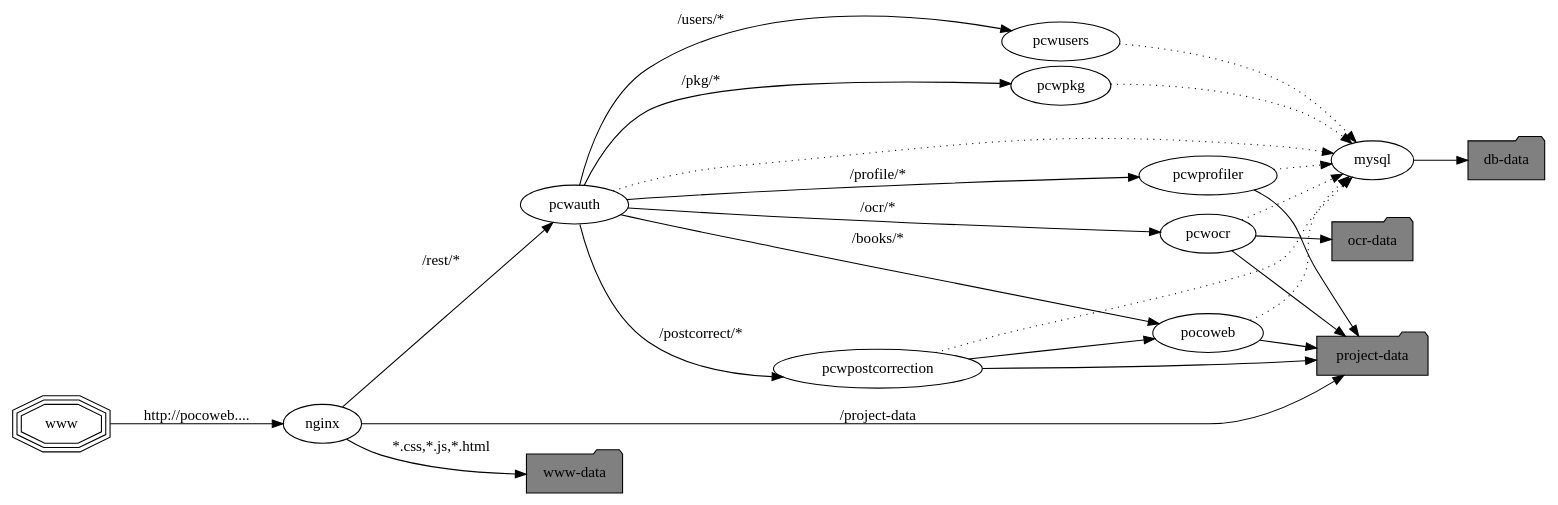
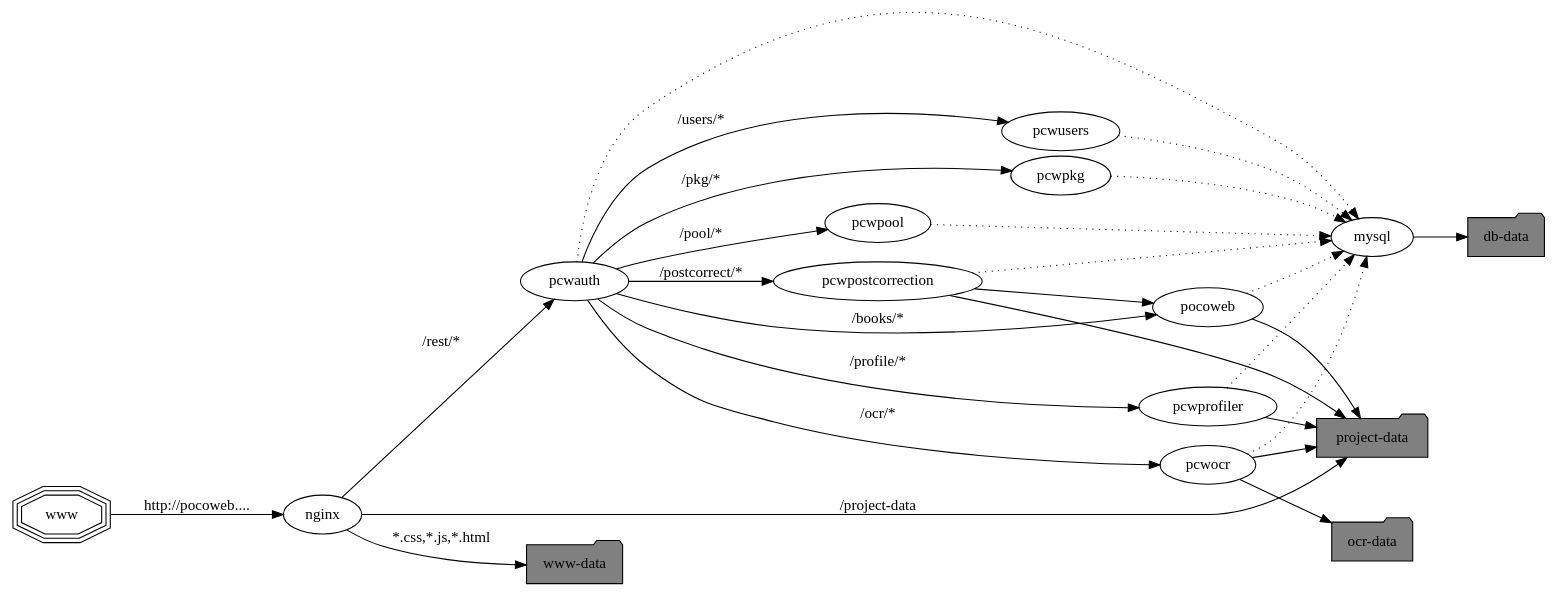
Before and after one commit to cisocrgroup/pocoweb: the diagram in frontend/public_html/assets/images/doc/overview.dot, drawn with Graphviz. The commit also changed 1 other file, not shown here.

```diff
--- a/frontend/public_html/assets/images/doc/overview.dot
+++ b/frontend/public_html/assets/images/doc/overview.dot
@@ -1,42 +1,45 @@
 digraph ov {
  rankdir=LR;
  www [shape=tripleoctagon]
  nginx
  pocoweb
  mysql
  pcwauth
  pcwusers
  pcwprofiler
  pcwpostcorrection
  pcwocr
  pcwpkg
+ pcwpool
  wwwd [label="www-data" shape=folder fillcolor=gray style=filled]
  projectd [label="project-data" shape=folder fillcolor=gray style=filled]
  ocrd [label="ocr-data" shape=folder fillcolor=gray style=filled]
  dbd [label="db-data" shape=folder fillcolor=gray style=filled]
 
  www -> nginx [label="http://pocoweb...."]
  nginx -> pcwauth [label="/rest/*"]
  nginx -> projectd [label="/project-data"]
  nginx -> wwwd [label="*.css,*.js,*.html"]
  pocoweb -> mysql [style=dotted]
  pocoweb -> projectd
  pcwauth -> pocoweb [label="/books/*"]
  pcwauth -> pcwusers [label="/users/*"]
  pcwauth -> pcwocr [label="/ocr/*"]
  pcwauth -> pcwprofiler [label="/profile/*"]
  pcwauth -> pcwpostcorrection [label="/postcorrect/*"]
  pcwauth -> pcwpkg [label="/pkg/*"]
+ pcwauth -> pcwpool [label="/pool/*"]
  pcwauth -> mysql [style=dotted]
  pcwprofiler -> projectd
  pcwprofiler -> mysql [style=dotted]
  pcwpostcorrection -> projectd
  pcwpostcorrection -> pocoweb
  pcwpostcorrection -> mysql [style=dotted]
  pcwocr -> projectd
  pcwocr -> mysql [style=dotted]
  pcwocr -> ocrd
  pcwusers -> mysql [style=dotted]
  mysql -> dbd
  pcwpkg -> mysql [style=dotted]
+ pcwpool -> mysql [style=dotted]
 }
```
